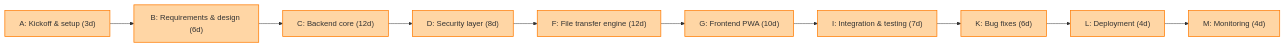
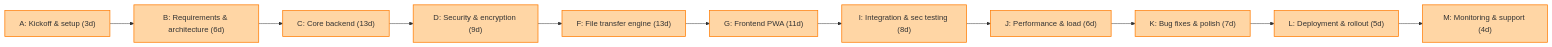
The diagram in Notes Factory/Semister 5/EDS/xp/EDS SLA 2 CPM and PERT.md (P7XCKD/NF), drawn with Mermaid before and after one commit. The commit also changed other lines of this file, not shown here.

````diff
--- a/Notes Factory/Semister 5/EDS/xp/EDS SLA 2 CPM and PERT.md
+++ b/Notes Factory/Semister 5/EDS/xp/EDS SLA 2 CPM and PERT.md
@@ -48,18 +49,19 @@
 ```mermaid
 flowchart LR
   A["A: Kickoff & setup (3d)"]
-  B["B: Requirements & design (6d)"]
-  C["C: Backend core (12d)"]
-  D["D: Security layer (8d)"]
-  F["F: File transfer engine (12d)"]
-  G["G: Frontend PWA (10d)"]
-  I["I: Integration & testing (7d)"]
-  K["K: Bug fixes (6d)"]
-  L["L: Deployment (4d)"]
-  M["M: Monitoring (4d)"]
+  B["B: Requirements & architecture (6d)"]
+  C["C: Core backend (13d)"]
+  D["D: Security & encryption (9d)"]
+  F["F: File transfer engine (13d)"]
+  G["G: Frontend PWA (11d)"]
+  I["I: Integration & sec testing (8d)"]
+  J["J: Performance & load (6d)"]
+  K["K: Bug fixes & polish (7d)"]
+  L["L: Deployment & rollout (5d)"]
+  M["M: Monitoring & support (4d)"]
 
-  A --> B --> C --> D --> F --> G --> I --> K --> L --> M
+  A --> B --> C --> D --> F --> G --> I --> J --> K --> L --> M
 
   classDef critical fill:#ffd6a5,stroke:#ff7b00,stroke-width:1.5;
-  class A,B,C,D,F,G,I,K,L,M critical;
+  class A,B,C,D,F,G,I,J,K,L,M critical;
 ```
````
